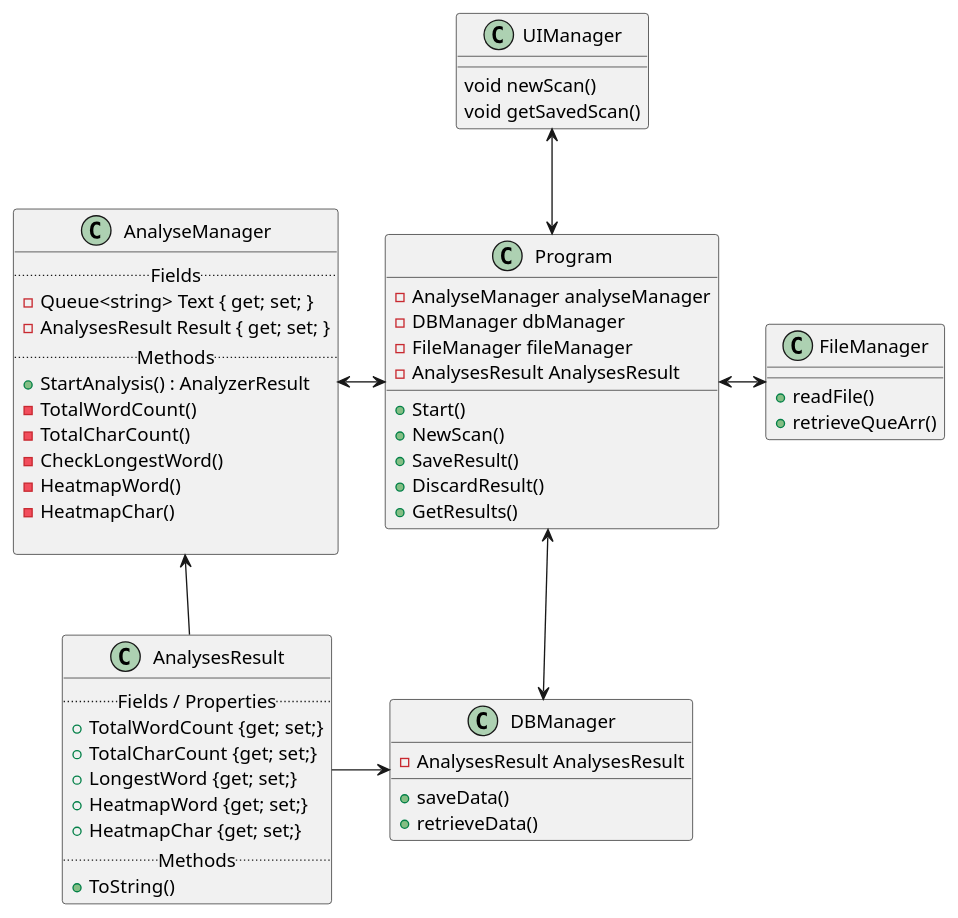
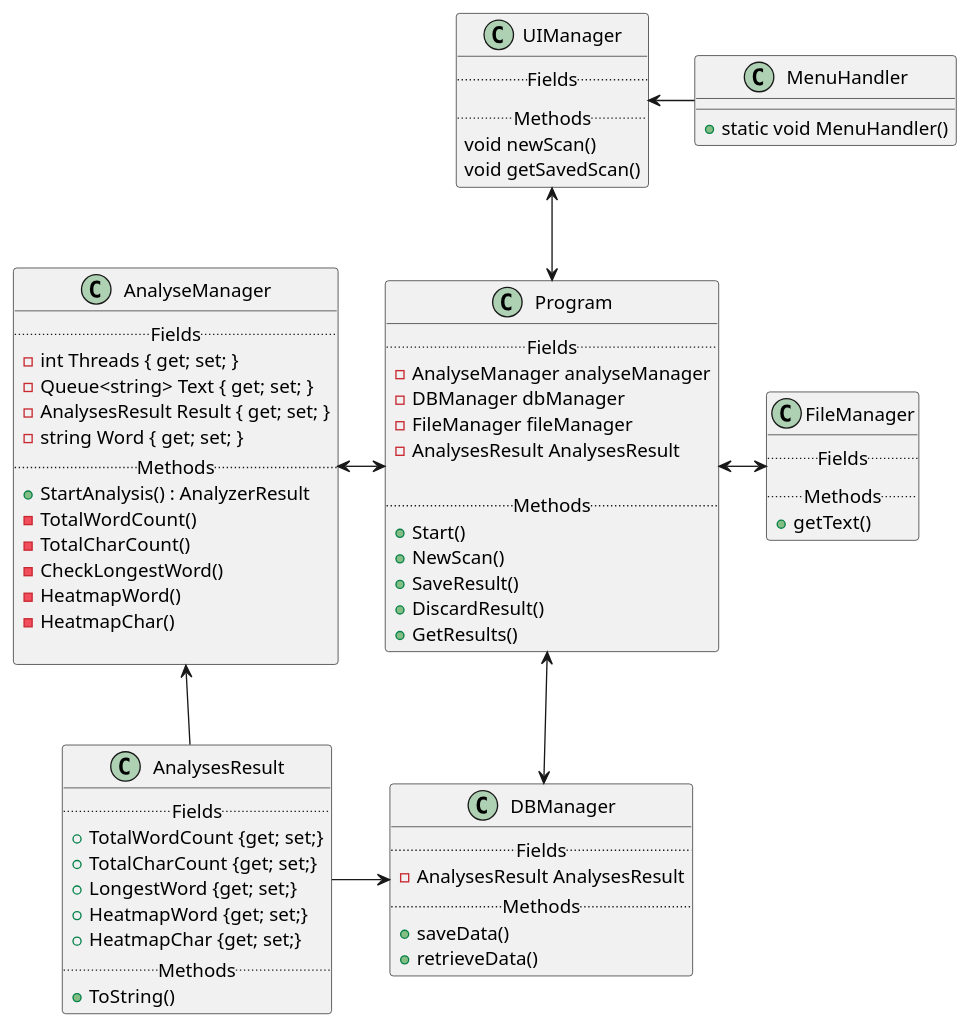
The diagram in diagrams/ClassDiagramV001.puml (Mimeas-Studies/pgr3302-1-Software-Design-Exam), drawn with PlantUML before and after one commit. The commit also changed 1 other file, not shown here.

```diff
--- a/diagrams/ClassDiagramV001.puml
+++ b/diagrams/ClassDiagramV001.puml
@@ -1,66 +1,81 @@
 @startuml
 
 class UIManager {
+    ..Fields..
+    ..Methods..
     void newScan()
     void getSavedScan()
 }
 
+class MenuHandler {
+    + static void MenuHandler()
+}
+
 class Program {
+    ..Fields..
     - AnalyseManager analyseManager
     - DBManager dbManager
     - FileManager fileManager
     - AnalysesResult AnalysesResult
     
+    ..Methods..
     +Start()
     +NewScan()
     +SaveResult()
     +DiscardResult()
     +GetResults()
 }
 
 class AnalyseManager {
     ..Fields..
+    - int Threads { get; set; }
     - Queue<string> Text { get; set; }
     - AnalysesResult Result { get; set; }
+    - string Word { get; set; }
     ..Methods..
     + StartAnalysis() : AnalyzerResult
     - TotalWordCount()
     - TotalCharCount()
     - CheckLongestWord()
     - HeatmapWord()
     - HeatmapChar()
     
 }
 
 class AnalysesResult {
-    ..Fields / Properties..
+    ..Fields..
     + TotalWordCount {get; set;}
     + TotalCharCount {get; set;}
     + LongestWord {get; set;}
     + HeatmapWord {get; set;}
     + HeatmapChar {get; set;}
     ..Methods..
     + ToString()
 }
 
 class DBManager {
+    ..Fields..
     - AnalysesResult AnalysesResult
+    ..Methods..
     + saveData()
     + retrieveData()
 }
 
 class FileManager {
-    + readFile()
-    + retrieveQueArr()
+    ..Fields..
+    ..Methods..
+    + getText()
 }
 
 UIManager <--> Program
+UIManager <- MenuHandler
+
 AnalyseManager <-> Program
 AnalyseManager <-- AnalysesResult
 AnalysesResult -> DBManager
 
 Program <-> FileManager 
 
 Program <--> DBManager 
 
 @enduml
```
